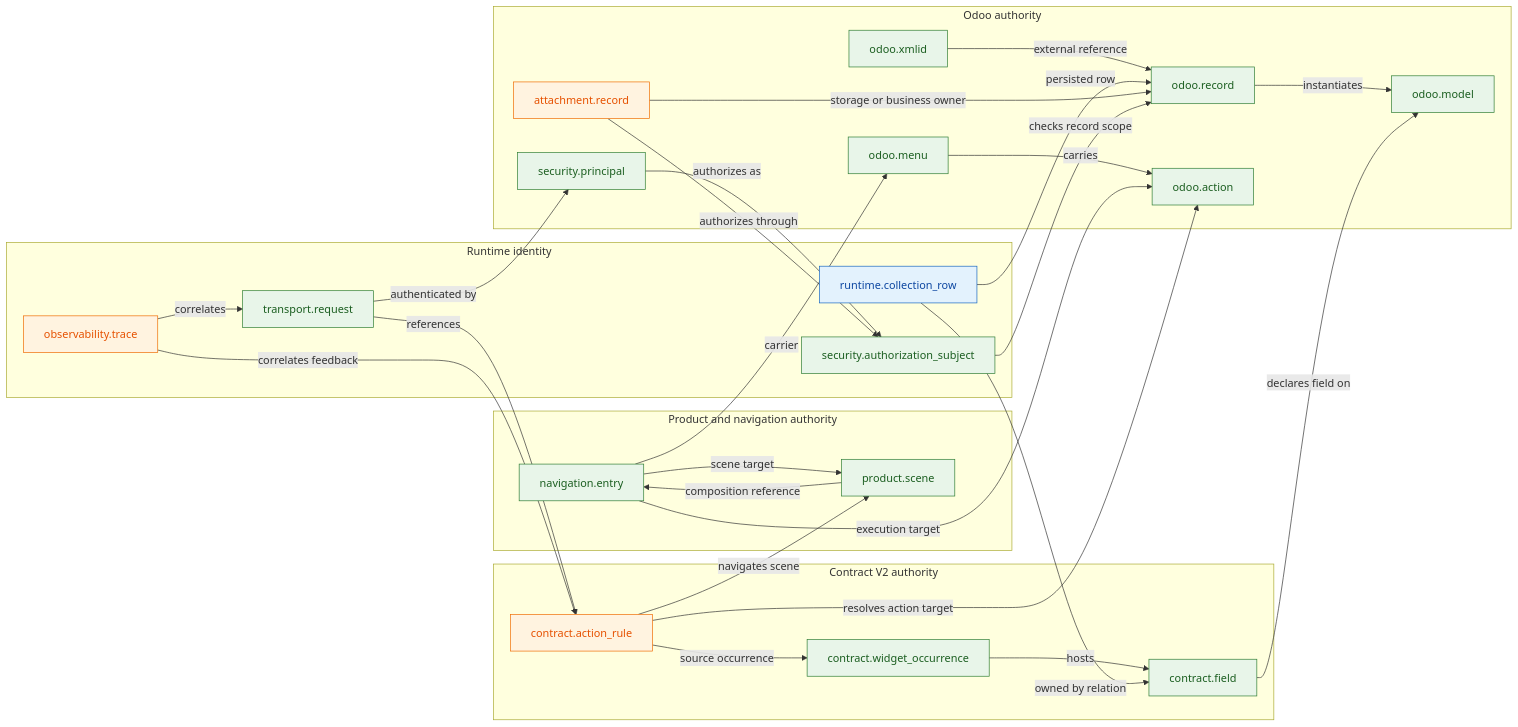
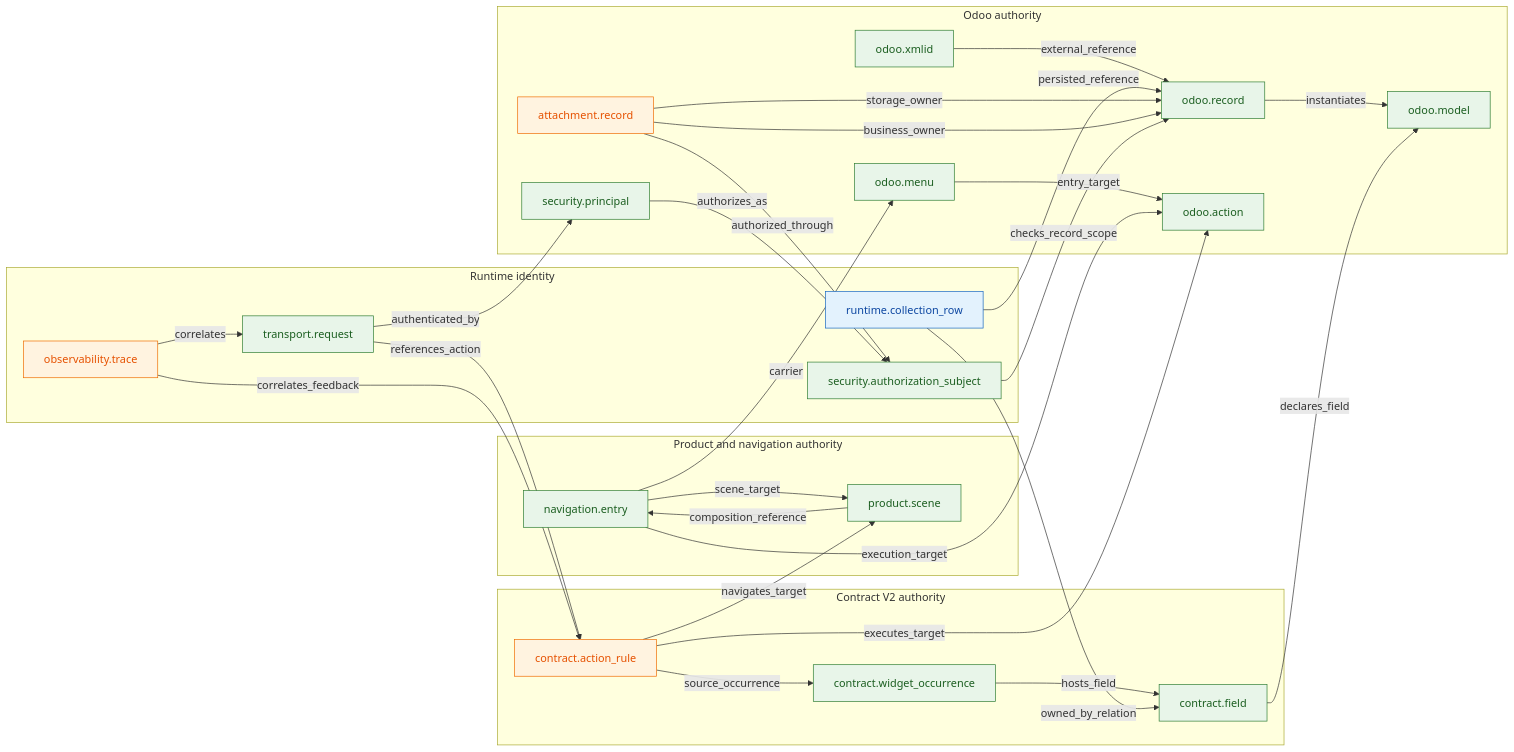
One commit to lidefend/sce-backend-odoo changed the diagram in docs/architecture/identity_architecture_01/identity_relationship_graph.mmd. Above: the diagram before and after it, drawn with Mermaid. The commit also changed 6 other files, not shown here.

Commit message:
docs(identity): reconcile authority graph with merged P0-C fix

```diff
--- a/docs/architecture/identity_architecture_01/identity_relationship_graph.mmd
+++ b/docs/architecture/identity_architecture_01/identity_relationship_graph.mmd
@@ -1,58 +1,59 @@
 flowchart LR
   subgraph Odoo["Odoo authority"]
     MODEL["odoo.model"]
     RECORD["odoo.record"]
     XMLID["odoo.xmlid"]
     MENU["odoo.menu"]
     ACTION["odoo.action"]
     ATTACHMENT["attachment.record"]
     PRINCIPAL["security.principal"]
   end
 
   subgraph Delivery["Product and navigation authority"]
     NAV["navigation.entry"]
     SCENE["product.scene"]
   end
 
   subgraph Contract["Contract V2 authority"]
     FIELD["contract.field"]
     OCCURRENCE["contract.widget_occurrence"]
     RULE["contract.action_rule"]
   end
 
   subgraph Runtime["Runtime identity"]
     ROW["runtime.collection_row"]
     AUTH_SUBJECT["security.authorization_subject"]
     REQUEST["transport.request"]
     TRACE["observability.trace"]
   end
 
   RECORD -->|instantiates| MODEL
-  XMLID -->|external reference| RECORD
-  MENU -->|carries| ACTION
+  XMLID -->|external_reference| RECORD
+  MENU -->|entry_target| ACTION
   NAV -->|carrier| MENU
-  NAV -->|execution target| ACTION
-  NAV -->|scene target| SCENE
-  SCENE -->|composition reference| NAV
-  FIELD -->|declares field on| MODEL
-  OCCURRENCE -->|hosts| FIELD
-  RULE -->|resolves action target| ACTION
-  RULE -->|navigates scene| SCENE
-  RULE -->|source occurrence| OCCURRENCE
-  ROW -->|persisted row| RECORD
-  ROW -->|owned by relation| FIELD
-  ATTACHMENT -->|storage or business owner| RECORD
-  PRINCIPAL -->|authorizes as| AUTH_SUBJECT
-  AUTH_SUBJECT -->|checks record scope| RECORD
-  REQUEST -->|references| RULE
-  REQUEST -->|authenticated by| PRINCIPAL
+  NAV -->|execution_target| ACTION
+  NAV -->|scene_target| SCENE
+  SCENE -->|composition_reference| NAV
+  FIELD -->|declares_field| MODEL
+  OCCURRENCE -->|hosts_field| FIELD
+  RULE -->|executes_target| ACTION
+  RULE -->|navigates_target| SCENE
+  RULE -->|source_occurrence| OCCURRENCE
+  ROW -->|persisted_reference| RECORD
+  ROW -->|owned_by_relation| FIELD
+  ATTACHMENT -->|storage_owner| RECORD
+  ATTACHMENT -->|business_owner| RECORD
+  ATTACHMENT -->|authorized_through| AUTH_SUBJECT
+  PRINCIPAL -->|authorizes_as| AUTH_SUBJECT
+  AUTH_SUBJECT -->|checks_record_scope| RECORD
+  REQUEST -->|references_action| RULE
+  REQUEST -->|authenticated_by| PRINCIPAL
   TRACE -->|correlates| REQUEST
-  TRACE -->|correlates feedback| RULE
-  ATTACHMENT -->|authorizes through| AUTH_SUBJECT
+  TRACE -->|correlates_feedback| RULE
 
   classDef frozen fill:#e8f5e9,stroke:#2e7d32,color:#1b5e20;
   classDef pending fill:#fff3e0,stroke:#ef6c00,color:#e65100;
   classDef local fill:#e3f2fd,stroke:#1565c0,color:#0d47a1;
   class MODEL,RECORD,XMLID,MENU,ACTION,NAV,SCENE,FIELD,OCCURRENCE,PRINCIPAL,AUTH_SUBJECT,REQUEST frozen;
   class ATTACHMENT,RULE,TRACE pending;
   class ROW local;
```
